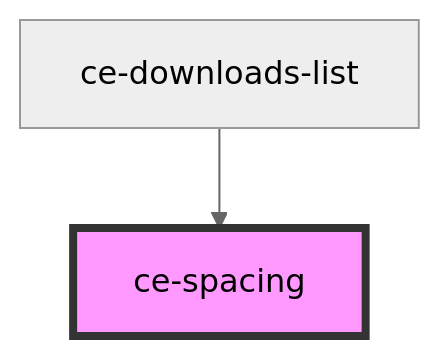
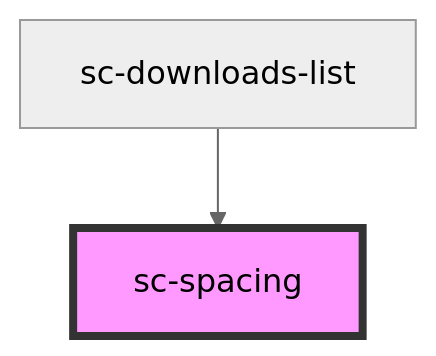
Before and after one commit to surecart/surecart-wp-plugin: the diagram in packages/components/src/components/ui/spacing/readme.md, drawn with Mermaid (neutral theme). The commit also changed other lines of this file and 1281 other files, not shown here.

````diff
--- a/packages/components/src/components/ui/spacing/readme.md
+++ b/packages/components/src/components/ui/spacing/readme.md
@@ -15,5 +15,5 @@
 ```mermaid
 graph TD;
-  ce-downloads-list --> ce-spacing
-  style ce-spacing fill:#f9f,stroke:#333,stroke-width:4px
+  sc-downloads-list --> sc-spacing
+  style sc-spacing fill:#f9f,stroke:#333,stroke-width:4px
 ```
````
